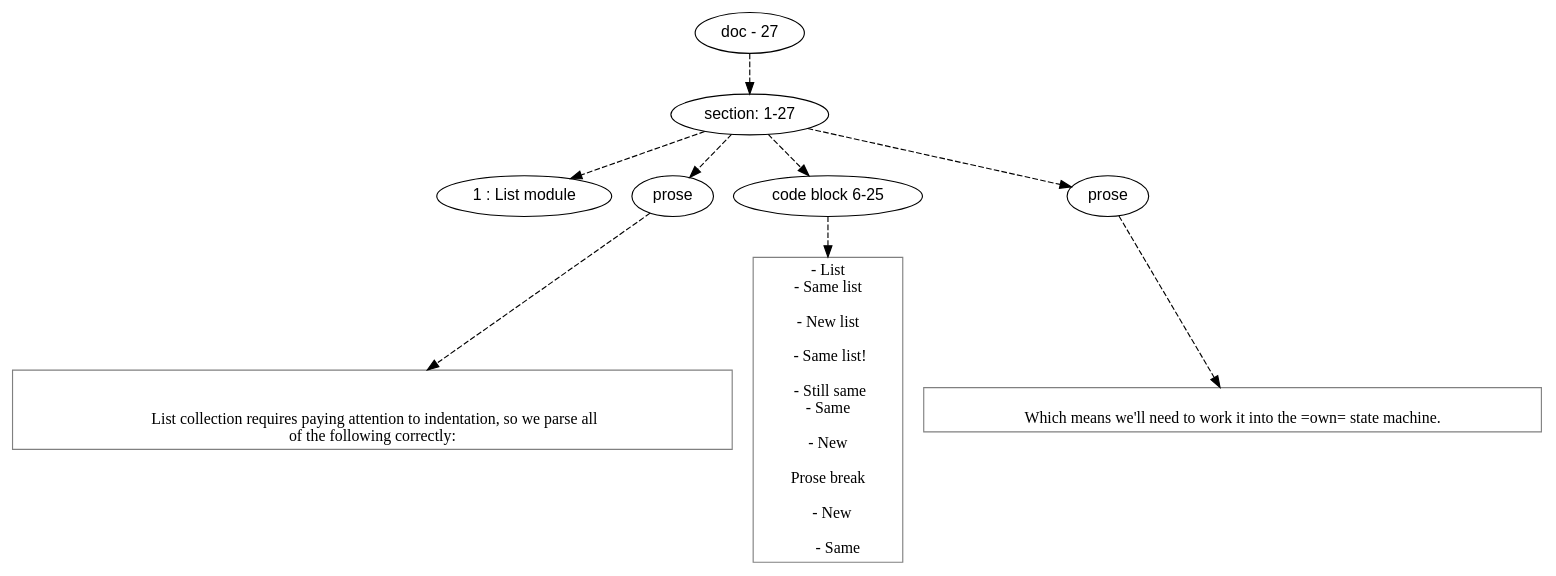
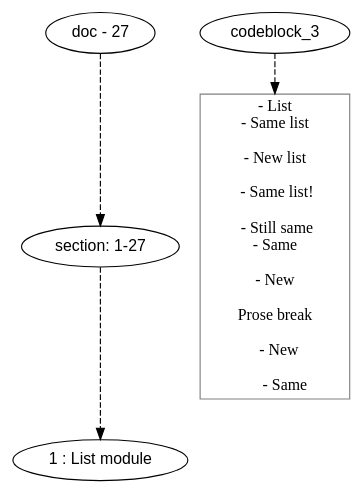
Before and after one commit to mnemnion/orb: the diagram in doc/dot/grym/list.dot, drawn with Graphviz. The commit also changed 123 other files, not shown here.

```diff
--- a/doc/dot/grym/list.dot
+++ b/doc/dot/grym/list.dot
@@ -1,56 +1,41 @@
 digraph hierarchy {
 
 node [fontname=Helvetica]
 edge [style=dashed]
 
 doc_0 [label="doc - 27"]
 
 
 doc_0 -> { section_1}
 {rank=same; section_1}
 
 section_1 [label="section: 1-27"]
 
 
-section_1 -> { header_2 prose_3 codeblock_4 prose_5}
-{rank=same; header_2 prose_3 codeblock_4 prose_5}
+section_1 -> { header_2}
+{rank=same; header_2}
 
 header_2 [label="1 : List module"]
 
-prose_3 [label="prose"]
 
-codeblock_4 [label="code block 6-25"]
-
-prose_5 [label="prose"]
-
-
-prose_3 -> leaf_6
-leaf_6  [color=Gray,shape=rectangle,fontname=Inconsolata,label="
-
-  List collection requires paying attention to indentation, so we parse all
-of the following correctly:
-"]
-codeblock_4 -> leaf_7
-leaf_7  [color=Gray,shape=rectangle,fontname=Inconsolata,label="- List
+codeblock_3 -> leaf_4
+leaf_4  [color=Gray,shape=rectangle,fontname=Inconsolata,label="- List
 - Same list
 
 - New list
   
   - Same list!
 
   - Still same
 - Same
 
 - New
 
 Prose break
 
    - New
 
       - Same
 "]
-prose_5 -> leaf_8
-leaf_8  [color=Gray,shape=rectangle,fontname=Inconsolata,label="
-Which means we'll need to work it into the =own= state machine. "]
 
 }
```
